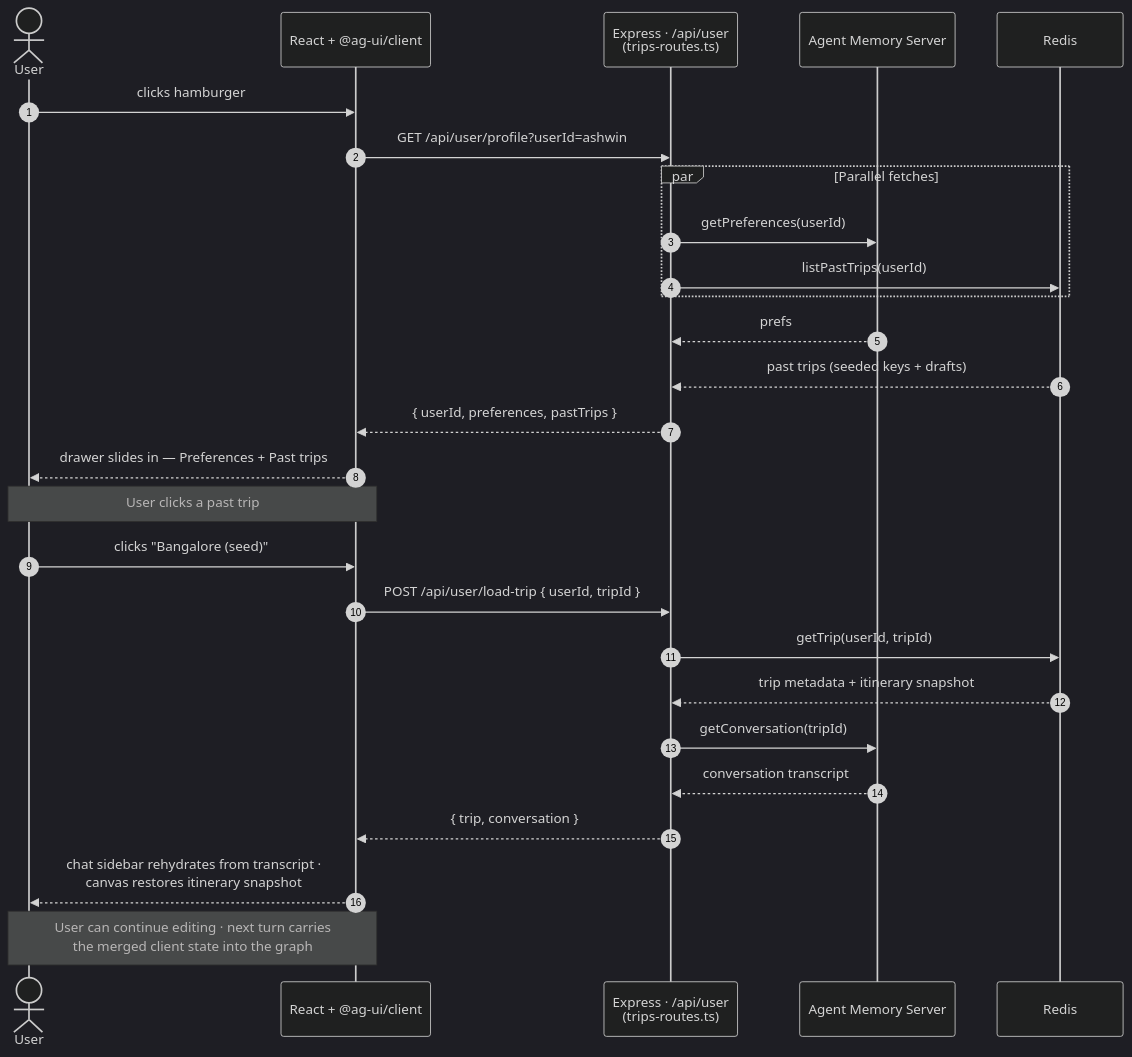
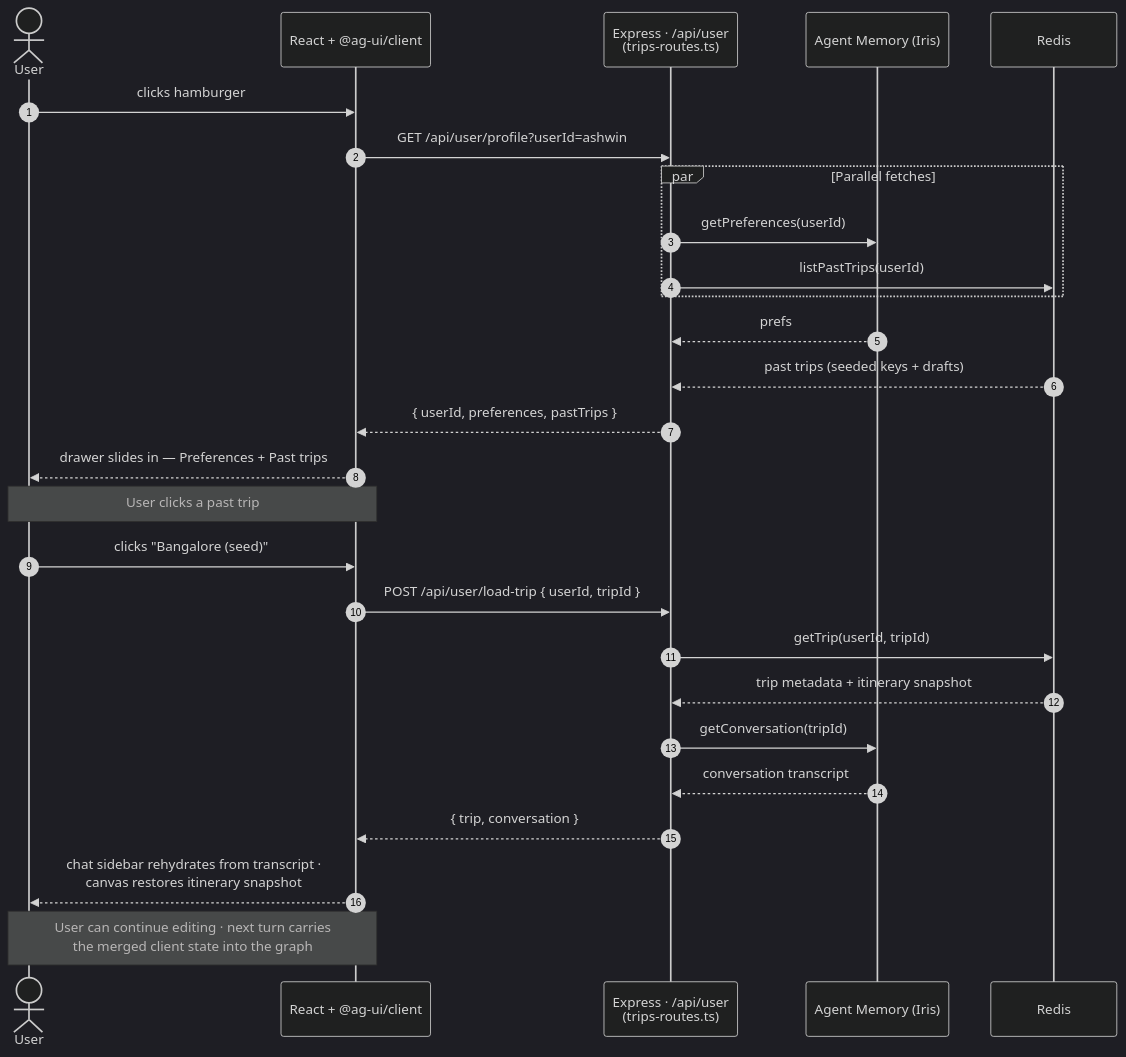
The third of 3 diagrams in docs/diagrams/02-user-flow-sequence.md (booleanhunter/travel-planning-agent-agui-langraph), drawn with Mermaid (dark theme) before and after one commit. The commit also changed other lines of this file and 8 other files, not shown here.

First line of the commit message:
docs(diagrams): realign memory to the hosted redis-iris service

````diff
--- a/docs/diagrams/02-user-flow-sequence.md
+++ b/docs/diagrams/02-user-flow-sequence.md
@@ -139,34 +139,34 @@
 ```mermaid
 sequenceDiagram
     autonumber
     actor User
     participant UI as React + @ag-ui/client
     participant Backend as Express · /api/user<br/>(trips-routes.ts)
-    participant AMS as Agent Memory Server
+    participant AMS as Agent Memory (Iris)
     participant Redis
 
     User->>UI: clicks hamburger
     UI->>Backend: GET /api/user/profile?userId=ashwin
 
     par Parallel fetches
         Backend->>AMS: getPreferences(userId)
         Backend->>Redis: listPastTrips(userId)
     end
     AMS-->>Backend: prefs
     Redis-->>Backend: past trips (seeded keys + drafts)
     Backend-->>UI: { userId, preferences, pastTrips }
     UI-->>User: drawer slides in — Preferences + Past trips
 
     Note over User,UI: User clicks a past trip
     User->>UI: clicks "Bangalore (seed)"
     UI->>Backend: POST /api/user/load-trip { userId, tripId }
 
     Backend->>Redis: getTrip(userId, tripId)
     Redis-->>Backend: trip metadata + itinerary snapshot
     Backend->>AMS: getConversation(tripId)
     AMS-->>Backend: conversation transcript
 
     Backend-->>UI: { trip, conversation }
     UI-->>User: chat sidebar rehydrates from transcript ·<br/>canvas restores itinerary snapshot
     Note over User,UI: User can continue editing · next turn carries<br/>the merged client state into the graph
 ```
````
